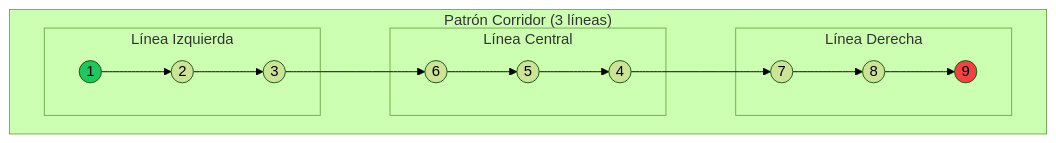
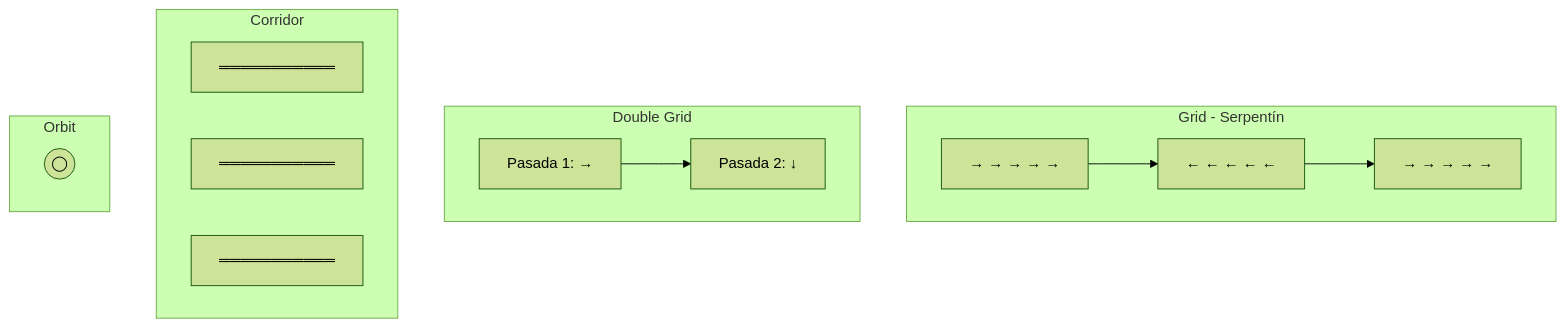
One commit to geoai-latam/WaypointsDJI changed the fourth of 5 diagrams in README.md. Above: the diagram before and after it, drawn with Mermaid (forest theme). The commit also changed other lines of this file and 1 other file, not shown here.

````diff
--- a/README.md
+++ b/README.md
@@ -537,24 +169,25 @@
 ```mermaid
 flowchart TB
-    subgraph CorridorPattern["Patrón Corridor (3 líneas)"]
-        direction LR
-
-        subgraph Line1["Línea Izquierda"]
-            L1((1)) --> L2((2)) --> L3((3))
-        end
-
-        subgraph Line2["Línea Central"]
-            C3((6)) --> C2((5)) --> C1((4))
-        end
-
-        subgraph Line3["Línea Derecha"]
-            R1((7)) --> R2((8)) --> R3((9))
-        end
-
-        L3 --> C3
-        C1 --> R1
+    subgraph GRID["Grid - Serpentín"]
+        G1["→ → → → →"]
+        G2["← ← ← ← ←"]
+        G3["→ → → → →"]
+        G1 --> G2 --> G3
     end
 
-    style L1 fill:#22C55E
-    style R3 fill:#EF4444
+    subgraph DGRID["Double Grid"]
+        D1["Pasada 1: →"]
+        D2["Pasada 2: ↓"]
+        D1 --> D2
+    end
+
+    subgraph CORR["Corridor"]
+        C1["═══════════"]
+        C2["═══════════"]
+        C3["═══════════"]
+    end
+
+    subgraph ORB["Orbit"]
+        O1(("◯"))
+    end
 ```
````
